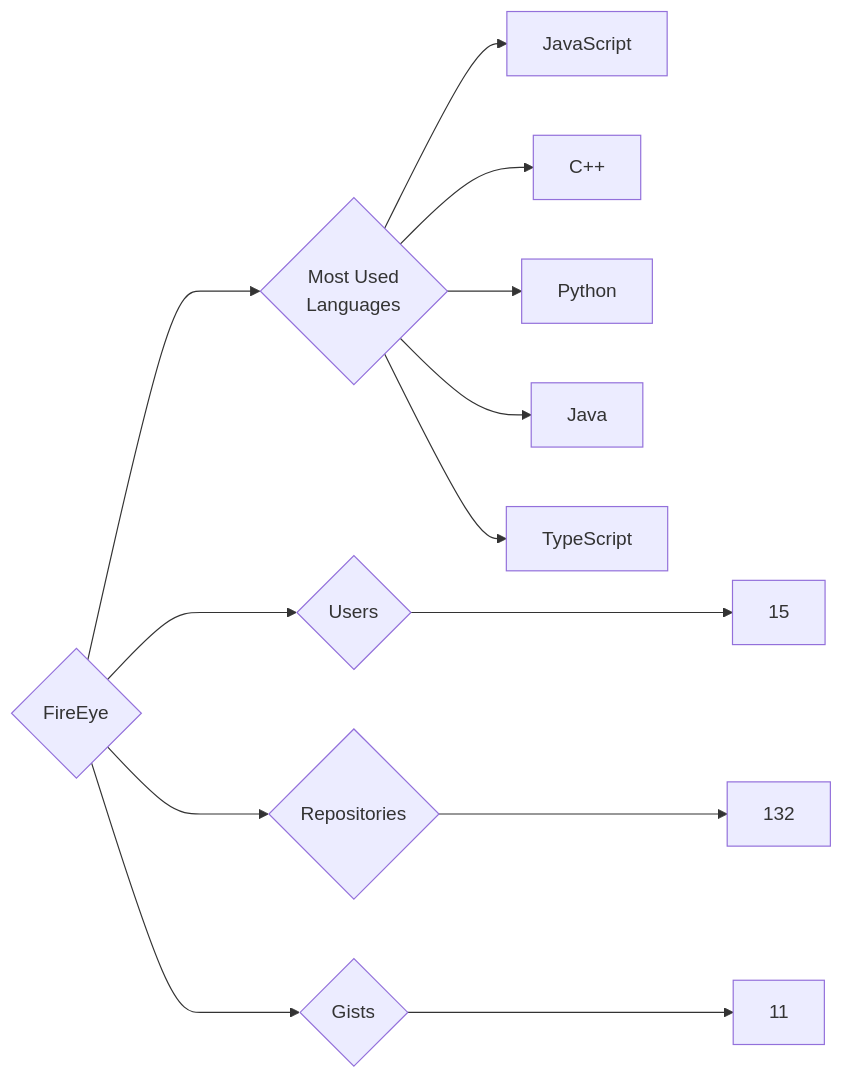
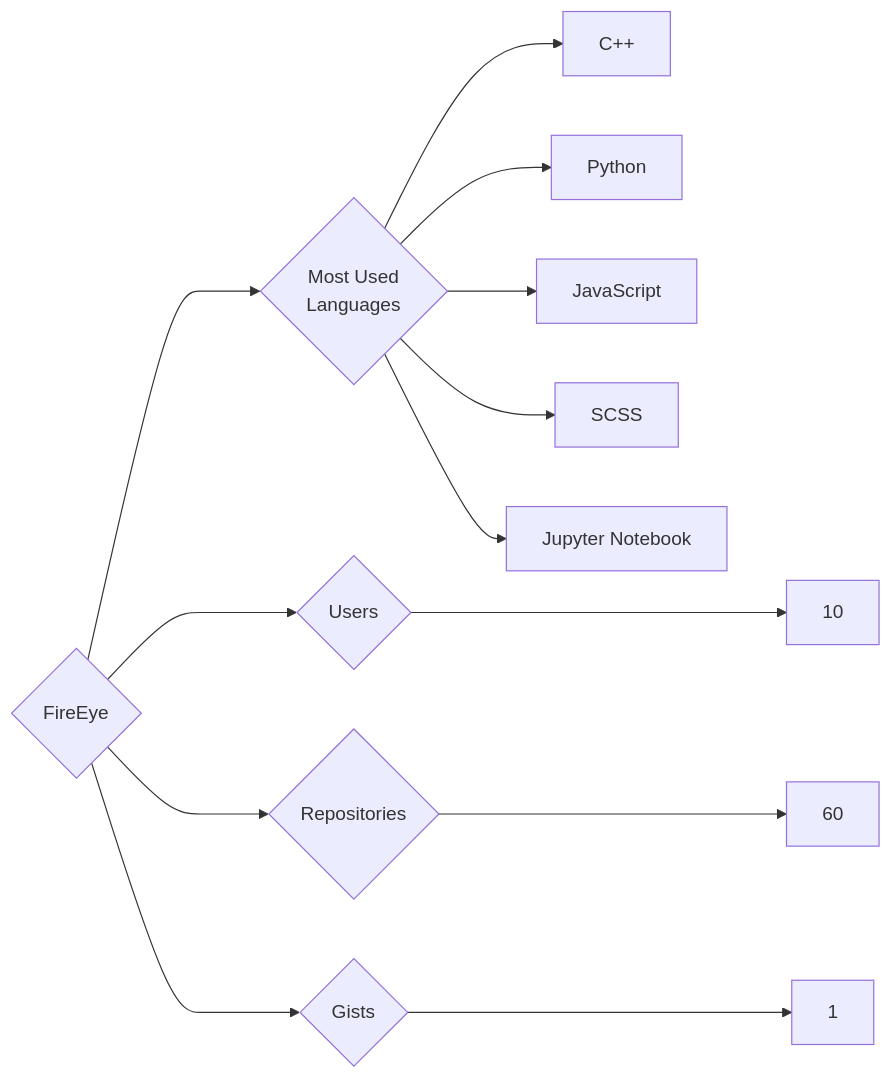
Before and after one commit to trickest/insiders: the diagram in targets/FireEye/README.md, drawn with Mermaid. The commit also changed 715 other files, not shown here.

````diff
--- a/targets/FireEye/README.md
+++ b/targets/FireEye/README.md
@@ -3,13 +3,13 @@
 ```mermaid
 graph LR
 COMPANY_NAME{FireEye}
-COMPANY_NAME ---> U{Users} ---> UN[15]
-COMPANY_NAME ---> R{Repositories} ---> RN[132]
-COMPANY_NAME ---> G{Gists} ---> GN[11]
+COMPANY_NAME ---> U{Users} ---> UN[10]
+COMPANY_NAME ---> R{Repositories} ---> RN[60]
+COMPANY_NAME ---> G{Gists} ---> GN[1]
 COMPANY_NAME ---> ML{Most Used<br>Languages}
-ML --> JavaScript[JavaScript]
 ML --> C++[C++]
 ML --> Python[Python]
-ML --> Java[Java]
-ML --> TypeScript[TypeScript]
+ML --> JavaScript[JavaScript]
+ML --> SCSS[SCSS]
+ML --> Jupyter_Notebook[Jupyter Notebook]
 ```
````
